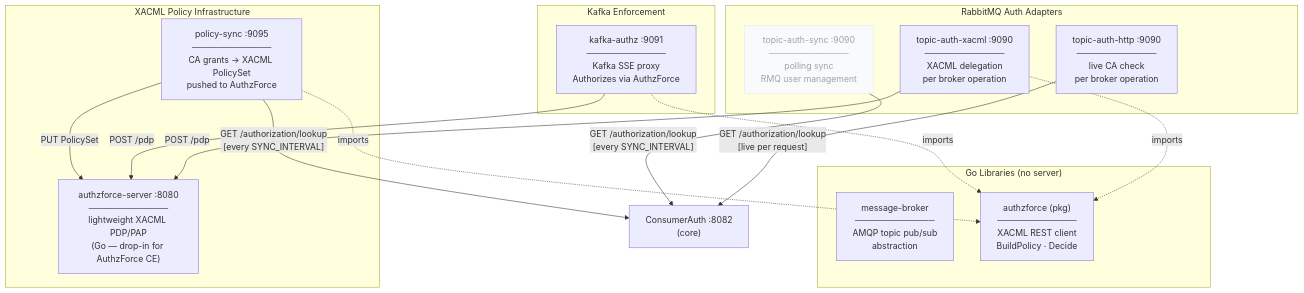
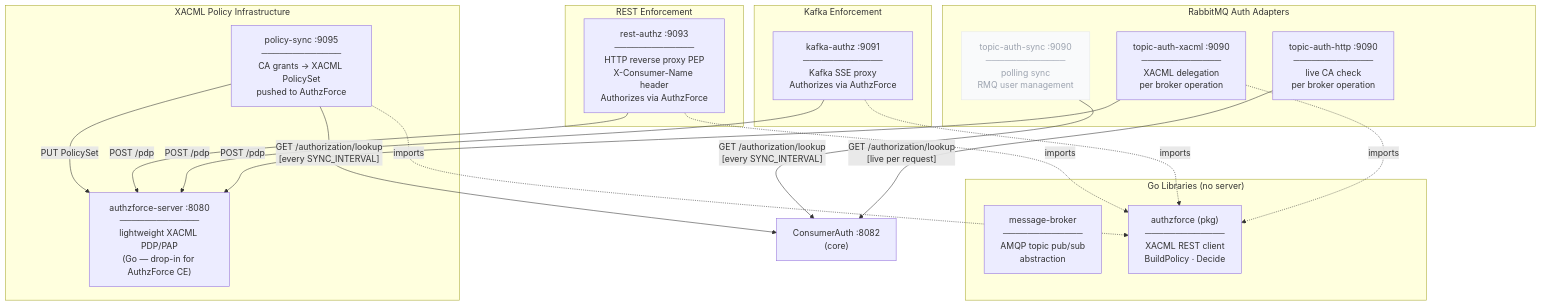
Before and after one commit to ulfbod/Arrowhead-experimental-core-systems: the first of 6 diagrams in support/DIAGRAMS.md, drawn with Mermaid. The commit also changed other lines of this file and 59 other files, not shown here.

````diff
--- a/support/DIAGRAMS.md
+++ b/support/DIAGRAMS.md
@@ -7,36 +7,42 @@
 ```mermaid
 graph TD
     subgraph libs["Go Libraries (no server)"]
         MB["message-broker\n─────────────\nAMQP topic pub/sub\nabstraction"]
         AZL["authzforce (pkg)\n─────────────\nXACML REST client\nBuildPolicy · Decide"]
     end
 
     subgraph rmq_adapters["RabbitMQ Auth Adapters"]
         TAH["topic-auth-http :9090\n─────────────\nlive CA check\nper broker operation"]
         TAS["topic-auth-sync :9090\n─────────────\npolling sync\nRMQ user management"]
         TAX["topic-auth-xacml :9090\n─────────────\nXACML delegation\nper broker operation"]
     end
 
     subgraph xacml["XACML Policy Infrastructure"]
         AZS["authzforce-server :8080\n─────────────\nlightweight XACML PDP/PAP\n(Go — drop-in for AuthzForce CE)"]
         PS["policy-sync :9095\n─────────────\nCA grants → XACML PolicySet\npushed to AuthzForce"]
     end
 
     subgraph kafka["Kafka Enforcement"]
         KA["kafka-authz :9091\n─────────────\nKafka SSE proxy\nAuthorizes via AuthzForce"]
     end
 
+    subgraph rest["REST Enforcement"]
+        RA["rest-authz :9093\n─────────────\nHTTP reverse proxy PEP\nX-Consumer-Name header\nAuthorizes via AuthzForce"]
+    end
+
     TAH -->|"GET /authorization/lookup\n[live per request]"| CA_ext["ConsumerAuth :8082\n(core)"]
     TAS -->|"GET /authorization/lookup\n[every SYNC_INTERVAL]"| CA_ext
     PS  -->|"GET /authorization/lookup\n[every SYNC_INTERVAL]"| CA_ext
 
     TAX -->|"POST /pdp"| AZS
     KA  -->|"POST /pdp"| AZS
+    RA  -->|"POST /pdp"| AZS
     PS  -->|"PUT PolicySet"| AZS
 
     TAX -.->|imports| AZL
     KA  -.->|imports| AZL
+    RA  -.->|imports| AZL
     PS  -.->|imports| AZL
 
     style TAS fill:#f9fafb,stroke:#e5e7eb,color:#9ca3af
 ```
````
